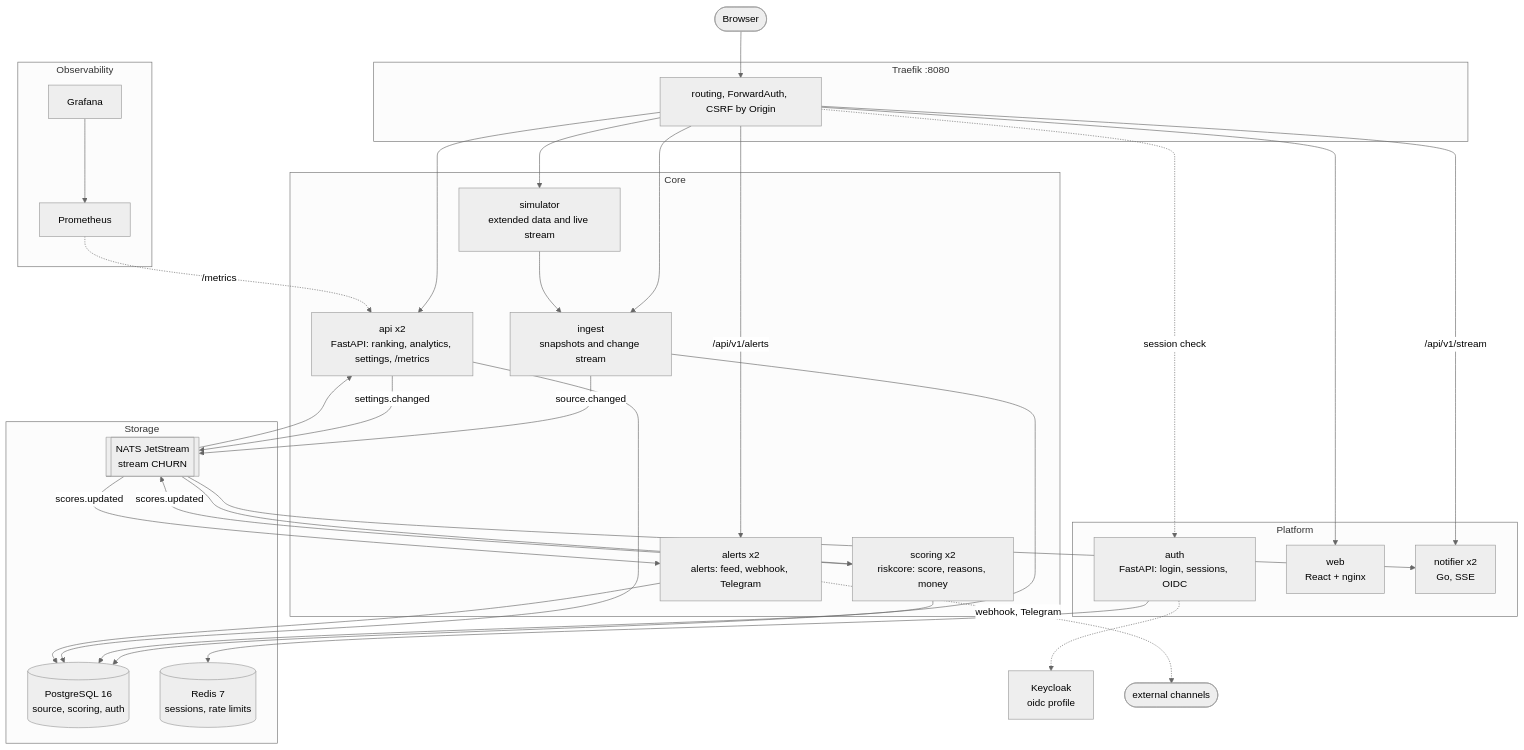
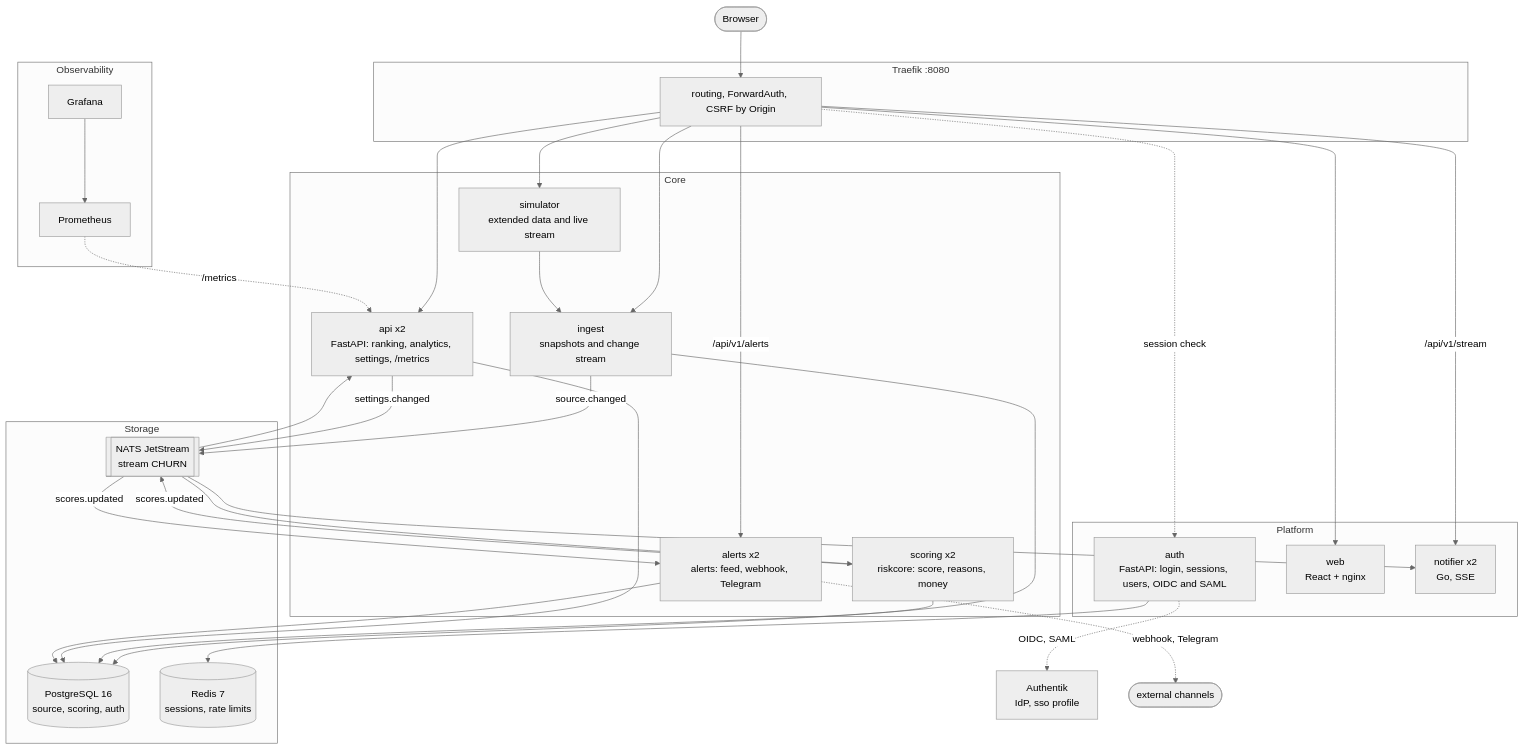
One commit to dimon0804/ChurnRadar changed the diagram in README.en.md. Above: the diagram before and after it, drawn with Mermaid (neutral theme). The commit also changed other lines of this file and 4 other files, not shown here.

First line of the commit message:
docs: SSO через Authentik и управление пользователями

````diff
--- a/README.en.md
+++ b/README.en.md
@@ -199,61 +201,61 @@
 ```mermaid
 flowchart TB
     browser(["Browser"])
 
     subgraph gw["Traefik :8080"]
         traefik["routing, ForwardAuth, CSRF by Origin"]
     end
 
     subgraph platform["Platform"]
-        auth["auth<br/>FastAPI: login, sessions, OIDC"]
+        auth["auth<br/>FastAPI: login, sessions, users, OIDC and SAML"]
         web["web<br/>React + nginx"]
         notifier["notifier x2<br/>Go, SSE"]
     end
 
     subgraph core["Core"]
         api["api x2<br/>FastAPI: ranking, analytics, settings, /metrics"]
         ingest["ingest<br/>snapshots and change stream"]
         scoring["scoring x2<br/>riskcore: score, reasons, money"]
         simulator["simulator<br/>extended data and live stream"]
         alerts["alerts x2<br/>alerts: feed, webhook, Telegram"]
     end
 
     subgraph data["Storage"]
         pg[("PostgreSQL 16<br/>source, scoring, auth")]
         redis[("Redis 7<br/>sessions, rate limits")]
         nats[["NATS JetStream<br/>stream CHURN"]]
     end
 
     subgraph obs["Observability"]
         prom["Prometheus"]
         graf["Grafana"]
     end
 
-    keycloak["Keycloak<br/>oidc profile"]
+    authentik["Authentik<br/>IdP, sso profile"]
 
     browser --> traefik
     traefik -. "session check" .-> auth
     traefik --> web
     traefik --> api
     traefik --> ingest
     traefik --> simulator
     traefik -- "/api/v1/stream" --> notifier
     auth --> redis
-    auth -.-> keycloak
+    auth -. "OIDC, SAML" .-> authentik
     simulator --> ingest
     ingest --> pg
     ingest -- "source.changed" --> nats
     api -- "settings.changed" --> nats
     nats --> scoring
     scoring --> pg
     scoring -- "scores.updated" --> nats
     nats --> notifier
     nats --> api
     api --> pg
     traefik -- "/api/v1/alerts" --> alerts
     nats -- "scores.updated" --> alerts
     alerts --> pg
     alerts -. "webhook, Telegram" .-> outside(["external channels"])
     prom -. "/metrics" .-> api
     graf --> prom
 ```
````
